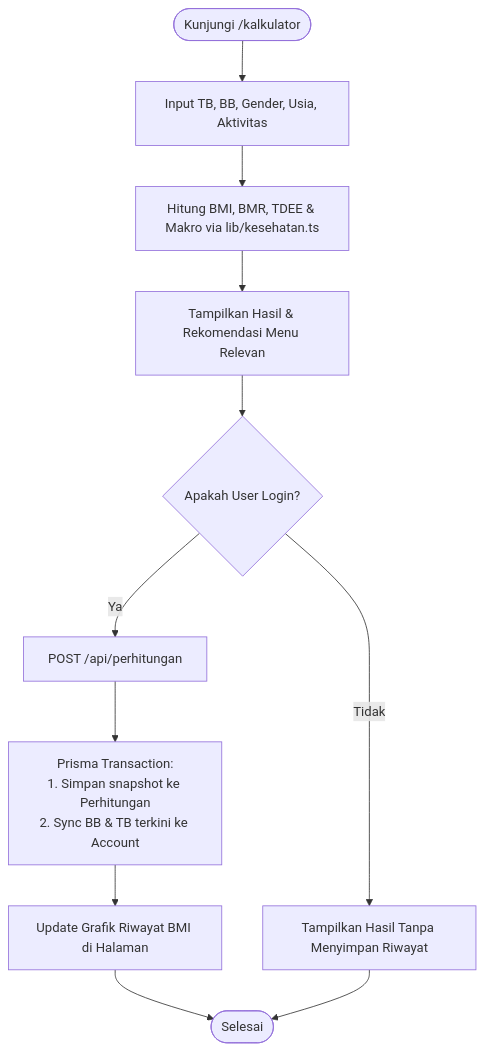
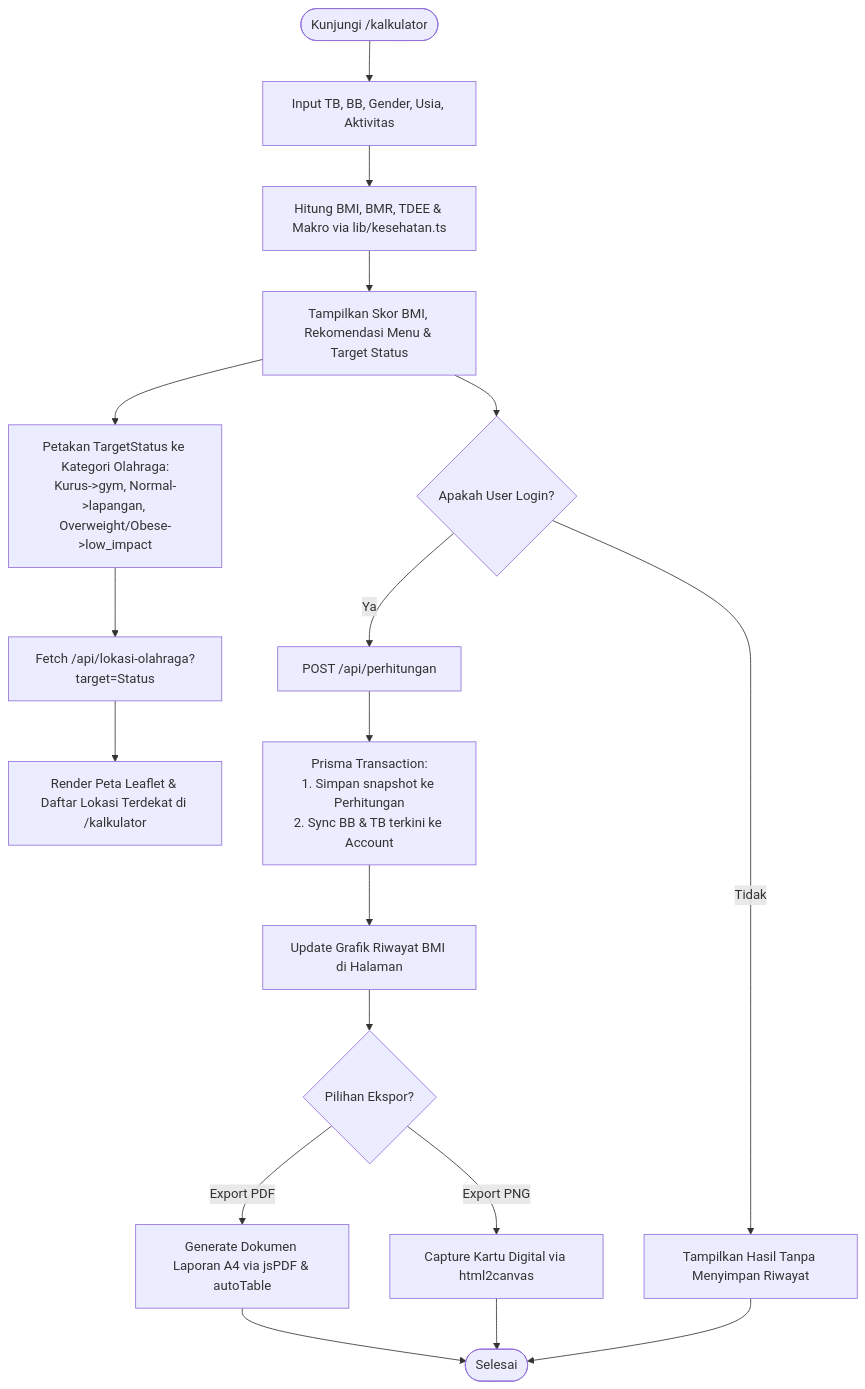
Before and after one commit to madsobirin/proyek_3: the first of 5 diagrams in docs/PRD.md, drawn with Mermaid. The commit also changed other lines of this file, not shown here.

````diff
--- a/docs/PRD.md
+++ b/docs/PRD.md
@@ -63,13 +66,20 @@
 ```mermaid
 flowchart TD
     Start([Kunjungi /kalkulator]) --> Input[Input TB, BB, Gender, Usia, Aktivitas]
     Input --> Calc[Hitung BMI, BMR, TDEE & Makro via lib/kesehatan.ts]
-    Calc --> Display[Tampilkan Hasil & Rekomendasi Menu Relevan]
+    Calc --> Display[Tampilkan Skor BMI, Rekomendasi Menu & Target Status]
+    Display --> SportsRec[Petakan TargetStatus ke Kategori Olahraga:\nKurus->gym, Normal->lapangan, Overweight/Obese->low_impact]
+    SportsRec --> FetchLoc[Fetch /api/lokasi-olahraga?target=Status]
+    FetchLoc --> RenderMap[Render Peta Leaflet & Daftar Lokasi Terdekat di /kalkulator]
     Display --> CheckAuth{Apakah User Login?}
     CheckAuth -->|Ya| SaveDB[POST /api/perhitungan]
     SaveDB --> Transact[Prisma Transaction:\n1. Simpan snapshot ke Perhitungan\n2. Sync BB & TB terkini ke Account]
     Transact --> UpdateChart[Update Grafik Riwayat BMI di Halaman]
+    UpdateChart --> ExportOption{Pilihan Ekspor?}
+    ExportOption -->|Export PDF| GenPDF[Generate Dokumen Laporan A4 via jsPDF & autoTable]
+    ExportOption -->|Export PNG| GenPNG[Capture Kartu Digital via html2canvas]
     CheckAuth -->|Tidak| GuestNote[Tampilkan Hasil Tanpa Menyimpan Riwayat]
-    UpdateChart --> End([Selesai])
+    GenPDF --> End([Selesai])
+    GenPNG --> End
     GuestNote --> End
 ```
````
